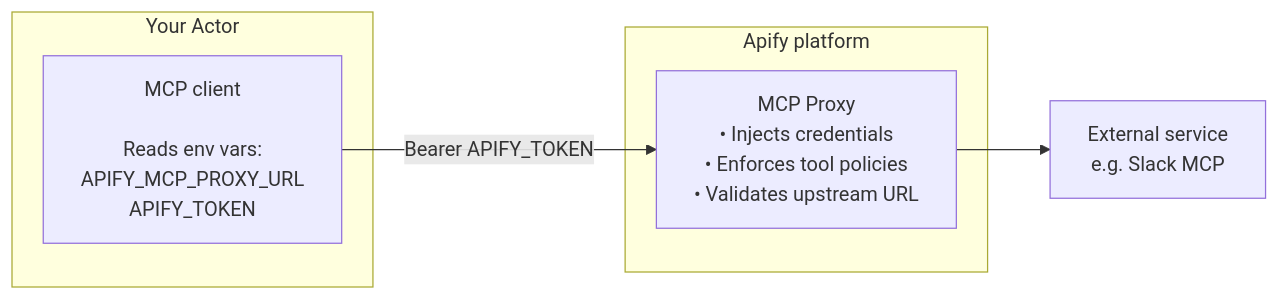
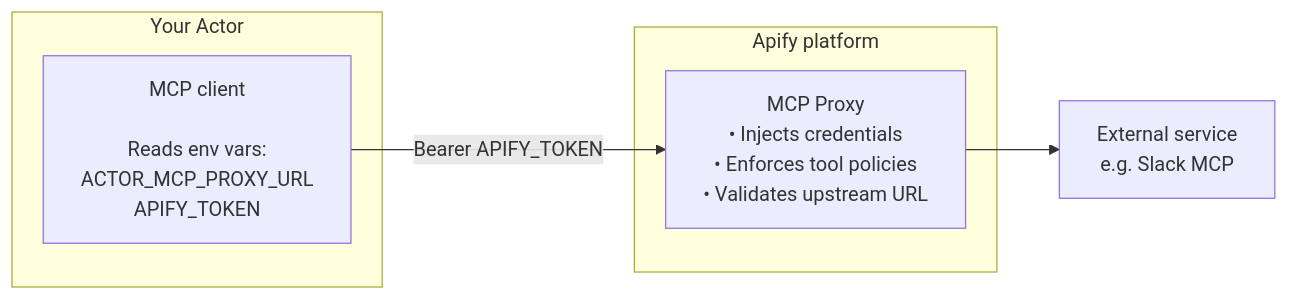
One commit to apify/apify-docs changed the diagram in sources/platform/integrations/ai/mcp-connectors/index.md. Above: the diagram before and after it, drawn with Mermaid. The commit also changed other lines of this file and 2 other files, not shown here.

Commit message:
docs: rename APIFY_MCP_PROXY_URL to ACTOR_MCP_PROXY_URL
The MCP Proxy base URL environment variable is being renamed, so it also
moves from the Apify platform variables table to the standard Actor
variables table, which groups by name prefix.

Claude-Session: https://claude.ai/code/session_01RfLBVoQq6Zm5YEhEXHNfud

````diff
--- a/sources/platform/integrations/ai/mcp-connectors/index.md
+++ b/sources/platform/integrations/ai/mcp-connectors/index.md
@@ -16,15 +16,15 @@
 ```mermaid
 flowchart LR
     subgraph actor [Your Actor]
-        client["MCP client<br/><br/>Reads env vars:<br/>APIFY_MCP_PROXY_URL<br/>APIFY_TOKEN"]
+        client["MCP client<br/><br/>Reads env vars:<br/>ACTOR_MCP_PROXY_URL<br/>APIFY_TOKEN"]
     end
 
     subgraph platform [Apify platform]
         proxy["MCP Proxy<br/>• Injects credentials<br/>• Enforces tool policies<br/>• Validates upstream URL"]
     end
 
     external["External service<br/>e.g. Slack MCP"]
 
     client -- "Bearer APIFY_TOKEN" --> proxy
     proxy --> external
 ```
````
